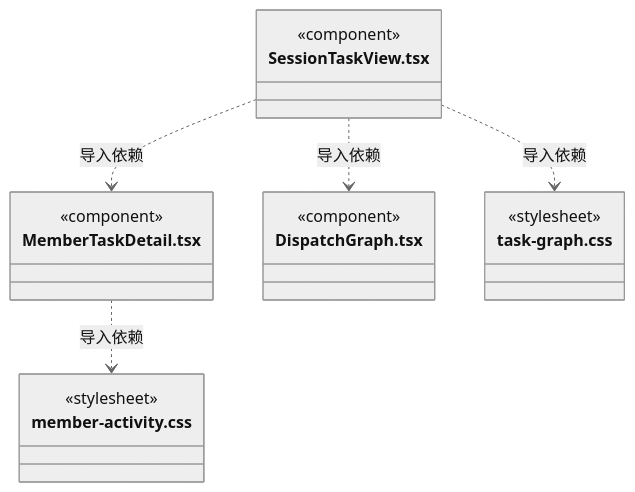
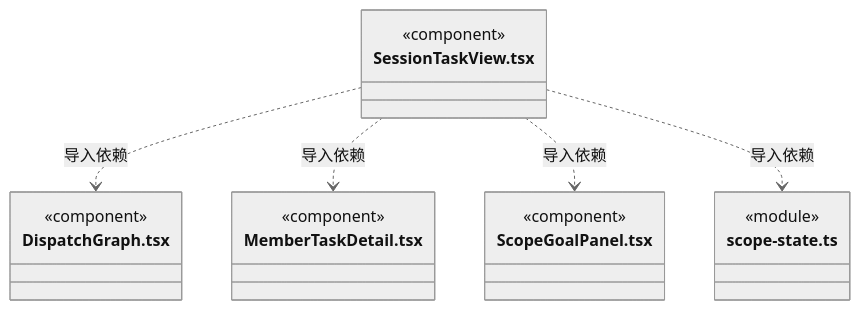
One commit to nan023062/cbim changed diagram 27 of 29 in src/frontend/tasks/ARCHITECTURE.md. Above: the diagram before and after it, drawn with Mermaid (neutral theme). The commit also changed other lines of this file and 47 other files, not shown here.

````diff
--- a/src/frontend/tasks/ARCHITECTURE.md
+++ b/src/frontend/tasks/ARCHITECTURE.md
@@ -372,22 +507,22 @@
 ```mermaid
 classDiagram
-class N_src_frontend_tasks_MemberTaskDetail_tsx["MemberTaskDetail.tsx"] {
-  <<component>>
-}
-class N_src_frontend_tasks_member_activity_css["member-activity.css"] {
-  <<stylesheet>>
-}
 class N_src_frontend_tasks_SessionTaskView_tsx["SessionTaskView.tsx"] {
   <<component>>
 }
 class N_src_frontend_tasks_DispatchGraph_tsx["DispatchGraph.tsx"] {
   <<component>>
 }
-class N_src_frontend_tasks_task_graph_css["task-graph.css"] {
-  <<stylesheet>>
+class N_src_frontend_tasks_MemberTaskDetail_tsx["MemberTaskDetail.tsx"] {
+  <<component>>
 }
-N_src_frontend_tasks_MemberTaskDetail_tsx ..> N_src_frontend_tasks_member_activity_css : 导入依赖
+class N_src_frontend_tasks_ScopeGoalPanel_tsx["ScopeGoalPanel.tsx"] {
+  <<component>>
+}
+class N_src_frontend_tasks_scope_state_ts["scope-state.ts"] {
+  <<module>>
+}
 N_src_frontend_tasks_SessionTaskView_tsx ..> N_src_frontend_tasks_DispatchGraph_tsx : 导入依赖
 N_src_frontend_tasks_SessionTaskView_tsx ..> N_src_frontend_tasks_MemberTaskDetail_tsx : 导入依赖
-N_src_frontend_tasks_SessionTaskView_tsx ..> N_src_frontend_tasks_task_graph_css : 导入依赖
+N_src_frontend_tasks_SessionTaskView_tsx ..> N_src_frontend_tasks_ScopeGoalPanel_tsx : 导入依赖
+N_src_frontend_tasks_SessionTaskView_tsx ..> N_src_frontend_tasks_scope_state_ts : 导入依赖
 ```
````
